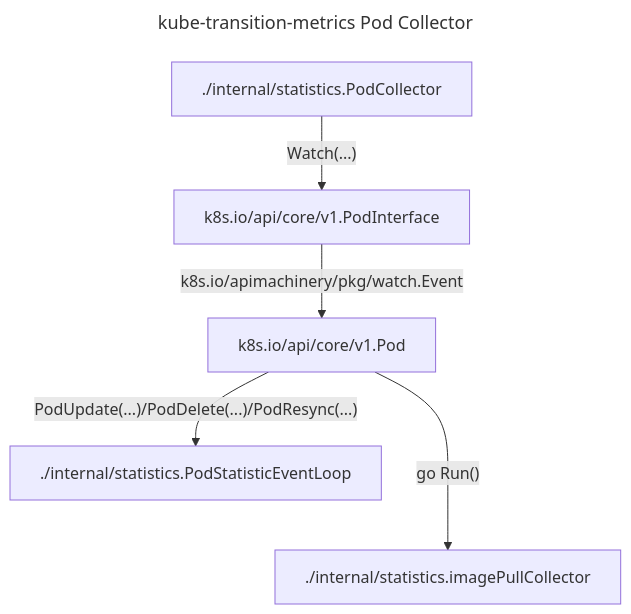
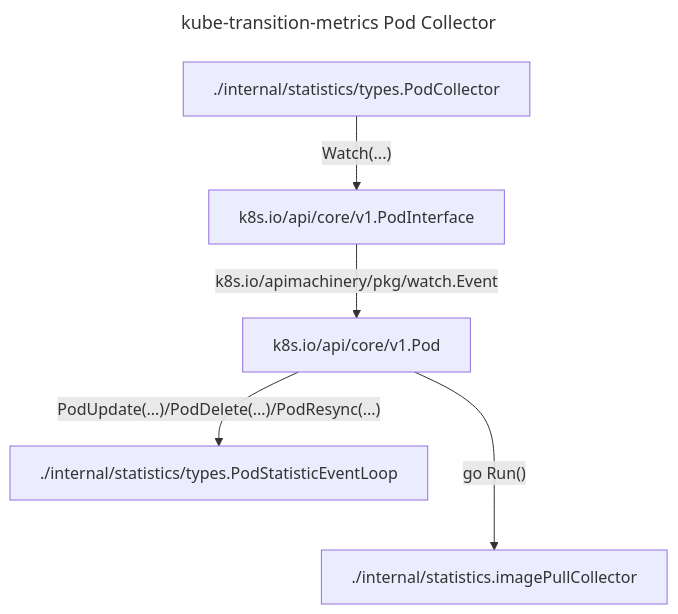
Before and after one commit to backmarket-oss/kube-transition-metrics: the second of 6 diagrams in doc/ARCHITECTURE.md, drawn with Mermaid. The commit also changed other lines of this file and 8 other files, not shown here.

````diff
--- a/doc/ARCHITECTURE.md
+++ b/doc/ARCHITECTURE.md
@@ -74,17 +76,17 @@
 ```mermaid
 ---
 title: "kube-transition-metrics Pod Collector"
 ---
 flowchart TD
-    PodCollector["./internal/statistics.PodCollector"]
+    PodCollector["./internal/statistics/types.PodCollector"]
     imagePullCollector["./internal/statistics.imagePullCollector"]
     PodsWatch["k8s.io/api/core/v1.PodInterface"]
     Pod["k8s.io/api/core/v1.Pod"]
-    PodStatisticEventLoop["./internal/statistics.PodStatisticEventLoop"]
+    PodStatisticEventLoop["./internal/statistics/types.PodStatisticEventLoop"]
 
     PodCollector
         -->|"Watch(...)"| PodsWatch
         -->|"k8s.io/apimachinery/pkg/watch.Event"| Pod
         -->|"PodUpdate(...)/PodDelete(...)/PodResync(...)"| PodStatisticEventLoop
     Pod --->|"go Run()"| imagePullCollector
 ```
````
